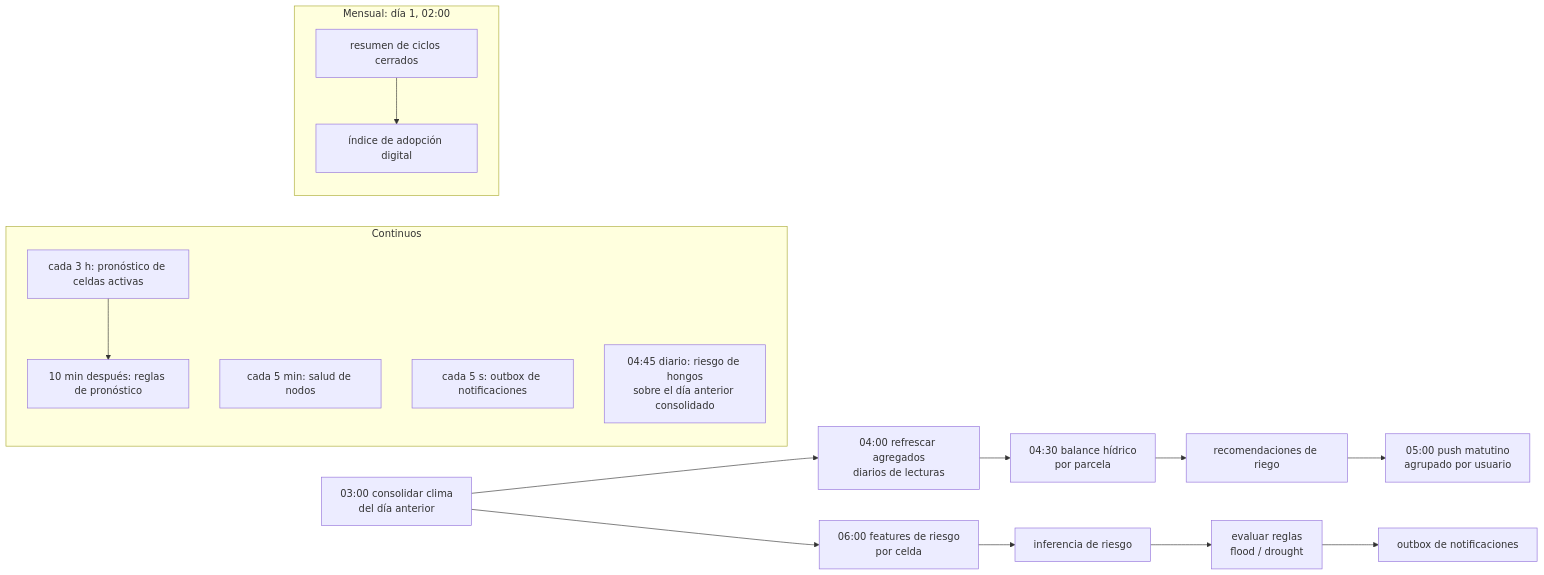
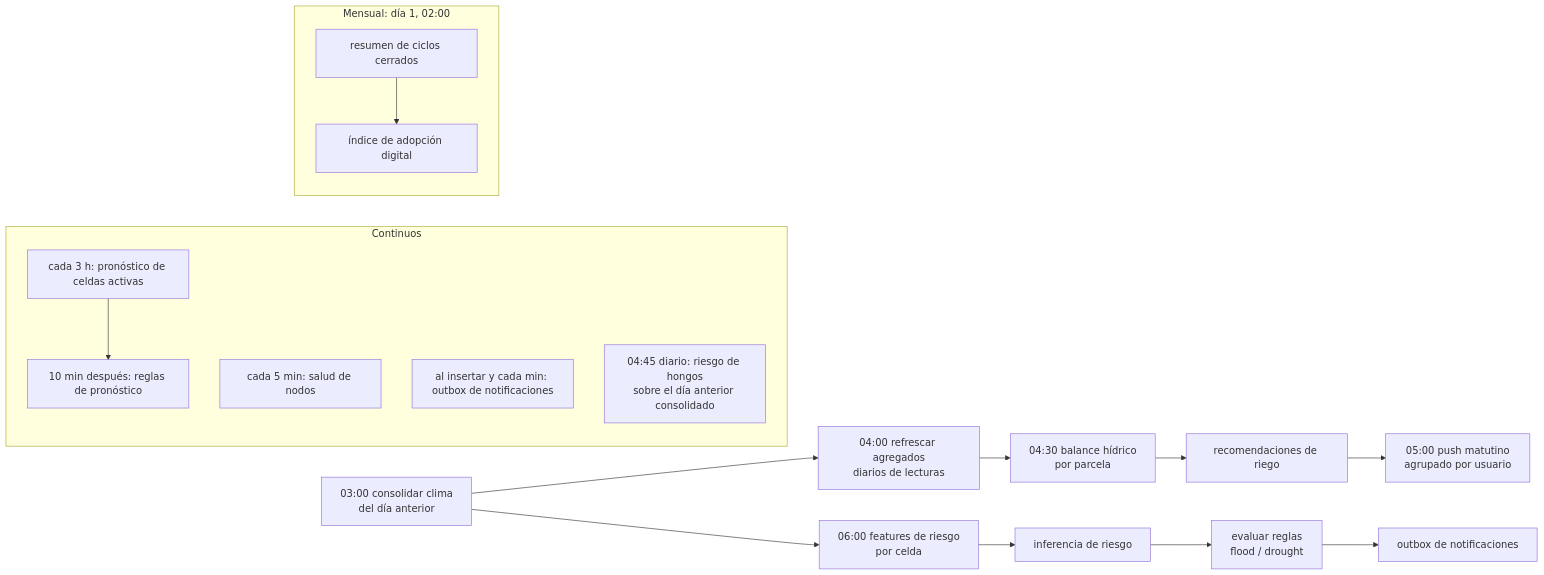
Before and after one commit to jab16jy/techcamp-v2: the third of 3 diagrams in docs/10-dag.md, drawn with Mermaid. The commit also changed 18 other files, not shown here.

````diff
--- a/docs/10-dag.md
+++ b/docs/10-dag.md
@@ -158,22 +158,22 @@
 ```mermaid
 flowchart LR
   a[03:00 consolidar clima<br/>del día anterior] --> b[04:00 refrescar agregados<br/>diarios de lecturas]
   b --> c[04:30 balance hídrico<br/>por parcela]
   c --> d[recomendaciones de riego]
   d --> e[05:00 push matutino<br/>agrupado por usuario]
   a --> f[06:00 features de riesgo<br/>por celda]
   f --> g[inferencia de riesgo]
   g --> h[evaluar reglas<br/>flood / drought]
   h --> i[outbox de notificaciones]
 
   subgraph continuos [Continuos]
     k[cada 3 h: pronóstico de celdas activas] --> l[10 min después: reglas de pronóstico]
     m[cada 5 min: salud de nodos]
-    n[cada 5 s: outbox de notificaciones]
+    n[al insertar y cada min: outbox de notificaciones]
     q[04:45 diario: riesgo de hongos<br/>sobre el día anterior consolidado]
   end
 
   subgraph mensual [Mensual: día 1, 02:00]
     o[resumen de ciclos cerrados] --> p[índice de adopción digital]
   end
 ```
````
